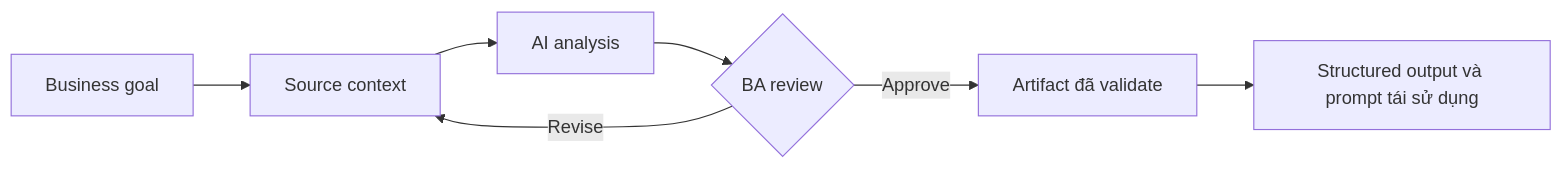
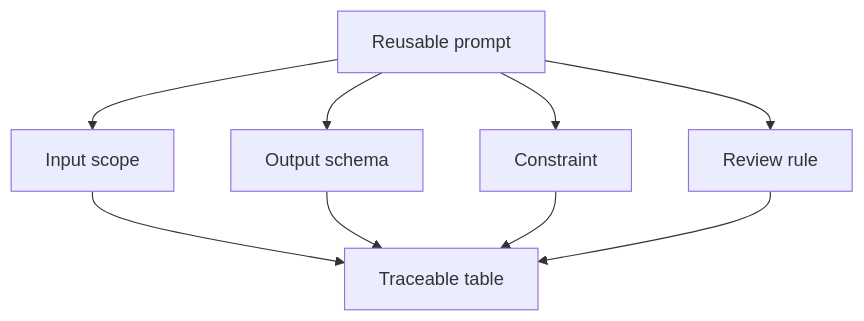
The diagram in docs/vi/lessons/structured-outputs-and-reusable-prompts/index.md (anhtnt90dev/ai-for-ba), drawn with Mermaid before and after one commit. The commit also changed other lines of this file and 64 other files, not shown here.

````diff
--- a/docs/vi/lessons/structured-outputs-and-reusable-prompts/index.md
+++ b/docs/vi/lessons/structured-outputs-and-reusable-prompts/index.md
@@ -39,9 +38,11 @@
 ```mermaid
-flowchart LR
-    A["Business goal"] --> B["Source context"]
-    B --> C["AI analysis"]
-    C --> D{"BA review"}
-    D -->|"Revise"| B
-    D -->|"Approve"| E["Artifact đã validate"]
-    E --> F["Structured output và prompt tái sử dụng"]
+flowchart TD
+    A["Reusable prompt"] --> B["Input scope"]
+    A --> C["Output schema"]
+    A --> D["Constraint"]
+    A --> E["Review rule"]
+    B --> F["Traceable table"]
+    C --> F
+    D --> F
+    E --> F
 ```
````
